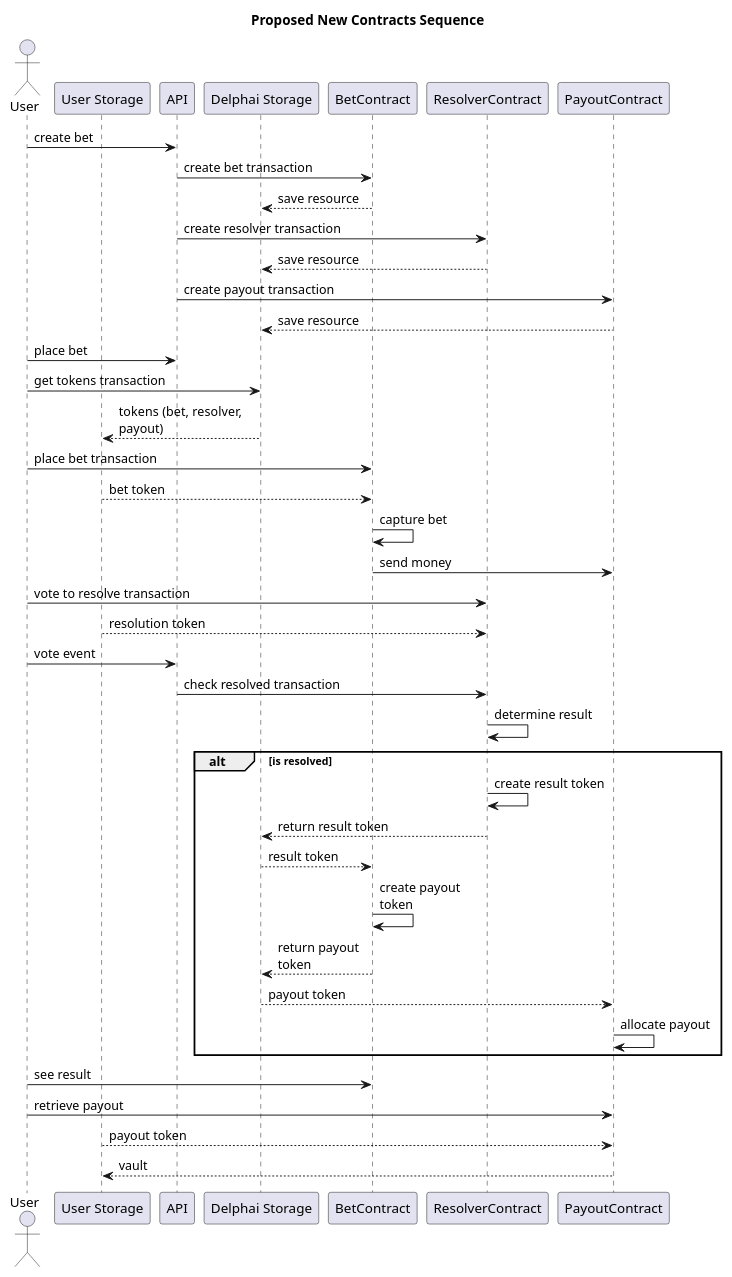
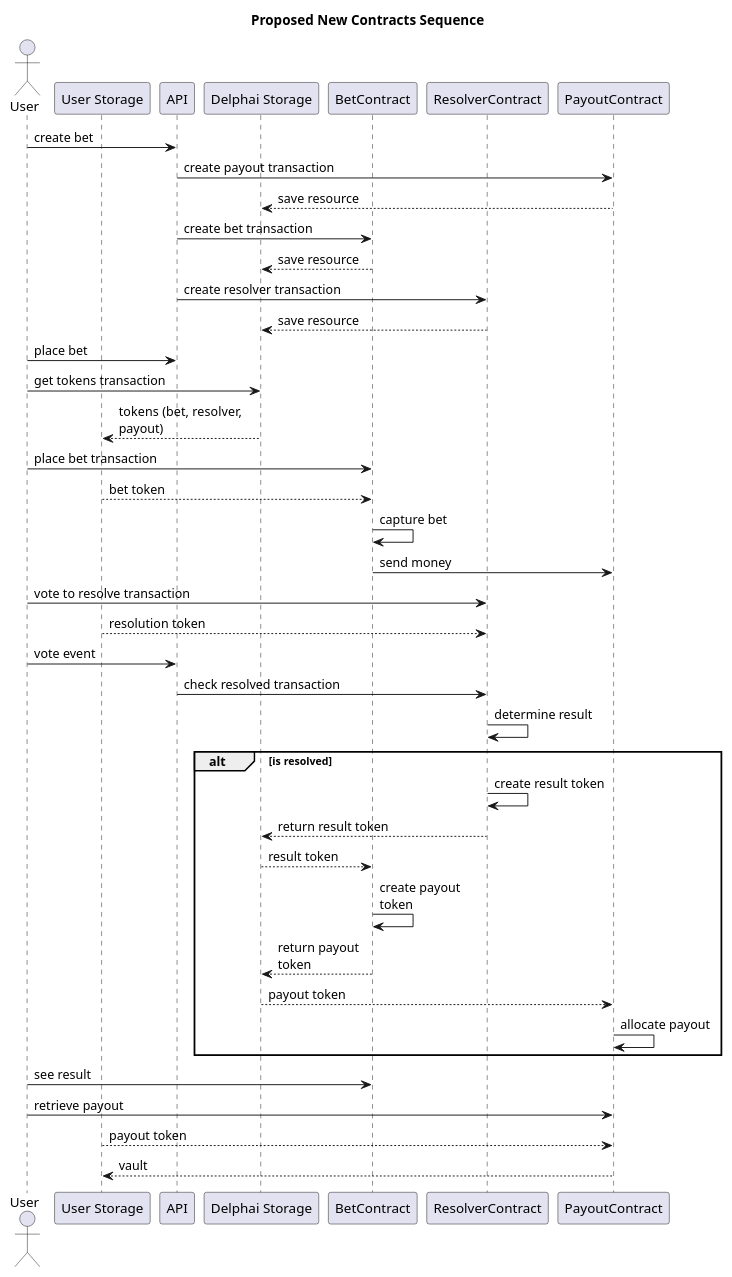
The diagram in docs/Diagrams/src/Architecture/newContractSeq.puml (adhurjaty/prediction-app), drawn with PlantUML before and after one commit. The commit also changed other lines of this file and 2 other files, not shown here.

Commit message:
sub-namespace arch diagram

```diff
--- a/docs/Diagrams/src/Architecture/newContractSeq.puml
+++ b/docs/Diagrams/src/Architecture/newContractSeq.puml
@@ -1,51 +1,51 @@
 @startuml newContractSeq
 
 title Proposed New Contracts Sequence
 
 actor User as user
 participant "User Storage" as us
 participant API as api
 participant "Delphai Storage" as ds
 participant BetContract as br
 participant ResolverContract as rr
 participant PayoutContract as pr
 
 user -> api : create bet
+api -> pr : create payout transaction
+pr --> ds : save resource
 api -> br : create bet transaction
 br --> ds : save resource
 api -> rr : create resolver transaction
 rr --> ds : save resource
-api -> pr : create payout transaction
-pr --> ds : save resource
 
 user -> api : place bet
 user -> ds : get tokens transaction
 ds --> us : tokens (bet, resolver,\npayout)
 
 user -> br : place bet transaction
 us --> br : bet token
 br -> br : capture bet
 br -> pr : send money
 
 user -> rr : vote to resolve transaction
 us --> rr : resolution token
 
 user -> api : vote event
 api -> rr : check resolved transaction
 rr -> rr : determine result
 alt is resolved
     rr -> rr : create result token
     rr --> ds : return result token
     ds --> br : result token
     br -> br : create payout\ntoken
     br --> ds : return payout\ntoken
     ds --> pr : payout token
     pr -> pr : allocate payout
 end
 
 user -> br : see result
 user -> pr : retrieve payout
 us --> pr : payout token
 pr --> us : vault
 
 @enduml
```
